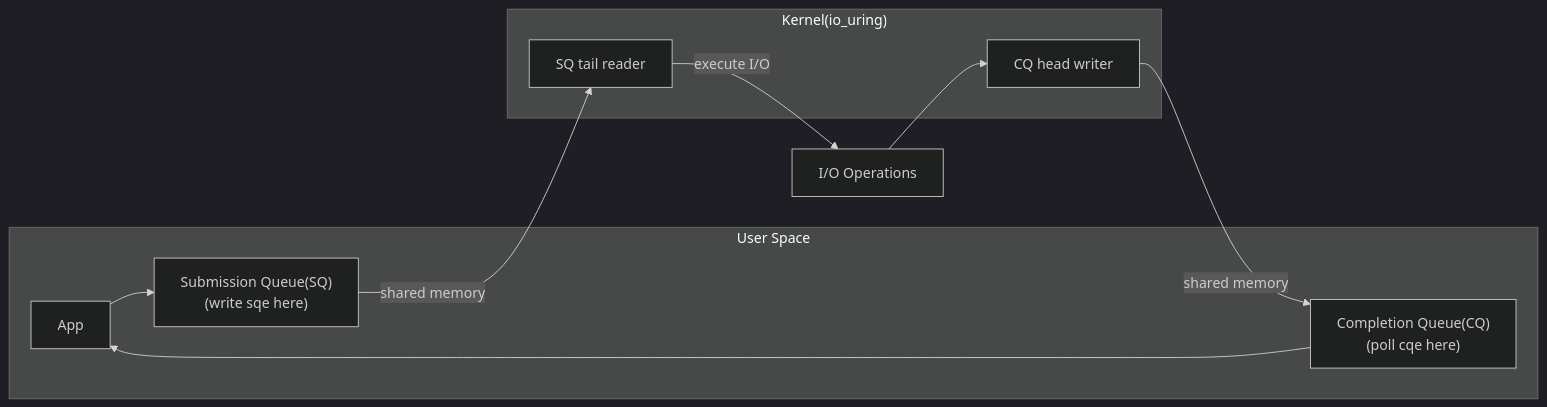
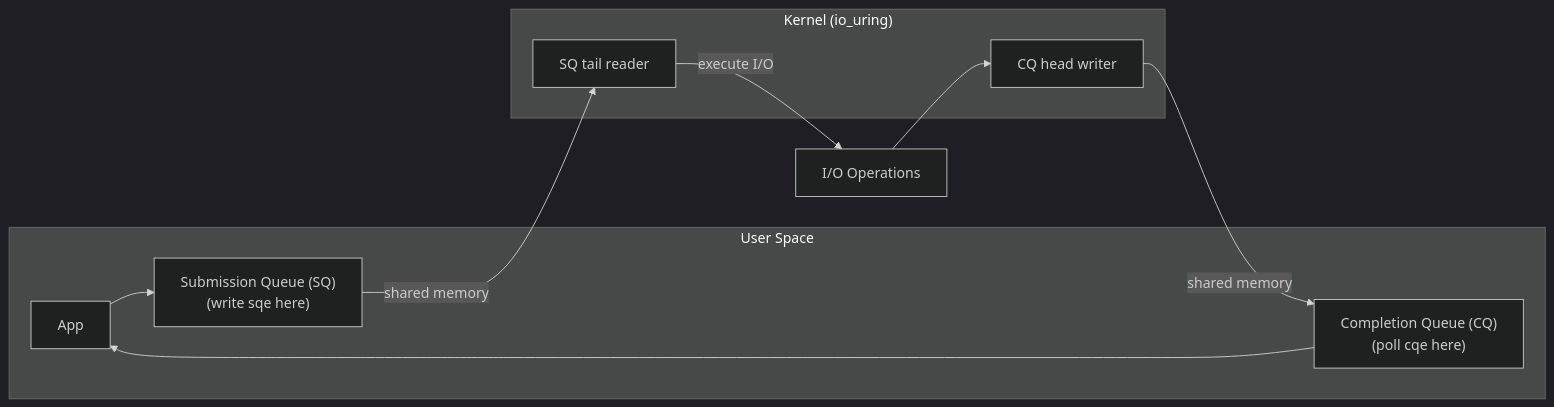
Before and after one commit to pploc/swe-icon-the-moment: the diagram in content/questions/fundamentals/io-uring.md, drawn with Mermaid (dark theme). The commit also changed 95 other files, not shown here.

Commit message:
fix: update the practice mode diagram bug not display

````diff
--- a/content/questions/fundamentals/io-uring.md
+++ b/content/questions/fundamentals/io-uring.md
@@ -27,18 +27,19 @@
 ```mermaid
 flowchart LR
-    subgraph UserSpace["User Space"]
-        App --> SQ["Submission Queue(SQ)\n(write sqe here)"]
-        CQ["Completion Queue(CQ)\n(poll cqe here)"] --> App
+    subgraph UserSpace ["User Space"]
+        App --> SQ["Submission Queue (SQ)\n (write sqe here)"]
+        CQ["Completion Queue (CQ)\n (poll cqe here)"] --> App
     end
-    subgraph Kernel["Kernel(io_uring)"]
+    subgraph Kernel ["Kernel (io_uring)"]
         SQT["SQ tail reader"]
         CQH["CQ head writer"]
     end
     SQ -->|"shared memory"| SQT
     SQT -->|"execute I/O"| IO["I/O Operations"]
     IO --> CQH
     CQH -->|"shared memory"| CQ
 
 
 
+
 ```
````
